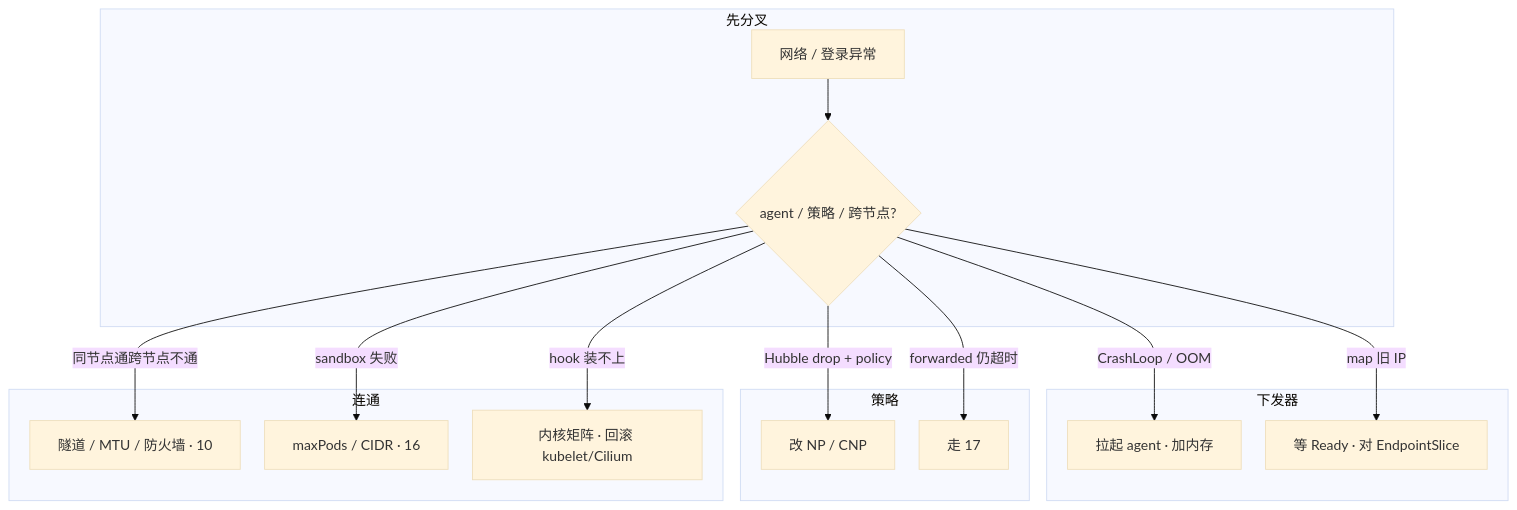
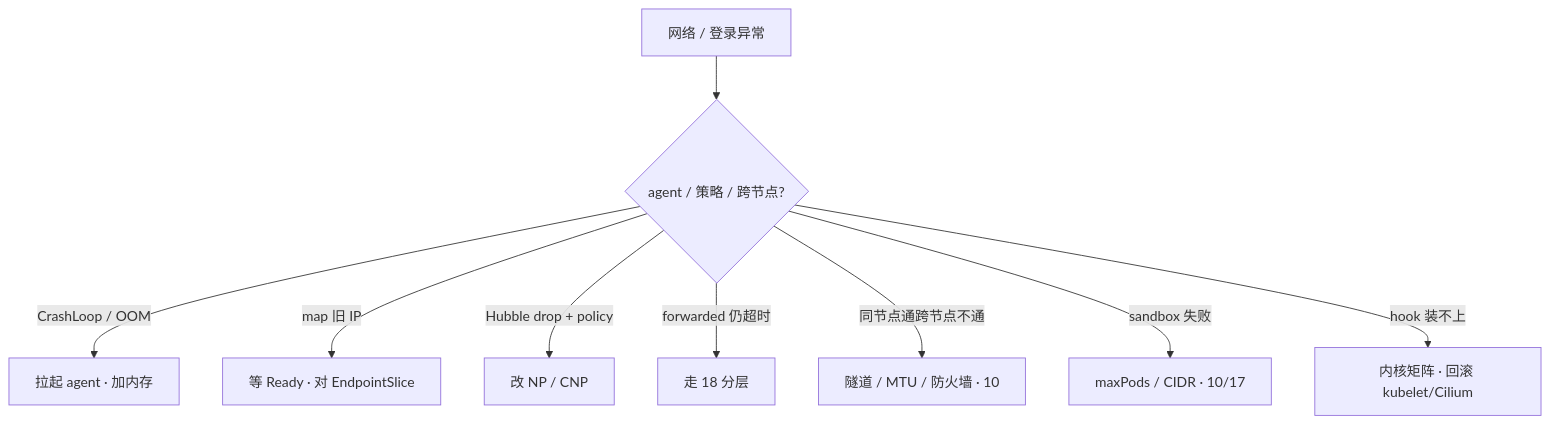
Before and after one commit to ml-cuizijun/LearnToLilith: the seventh of 7 diagrams in 03-Kubernetes/25-eBPF与Cilium/知识点.md, drawn with Mermaid. The commit also changed other lines of this file and 178 other files, not shown here.

````diff
--- a/03-Kubernetes/25-eBPF与Cilium/知识点.md
+++ b/03-Kubernetes/25-eBPF与Cilium/知识点.md
@@ -420,28 +383,11 @@
 ```mermaid
-%%{init: {"flowchart": {"padding": 16, "nodeSpacing": 28, "rankSpacing": 48}, "theme": "base"}}%%
 flowchart TB
-    subgraph gate ["先分叉"]
-        A[网络 / 登录异常] --> B{agent / 策略 / 跨节点?}
-    end
-
-    subgraph agent ["下发器"]
-        B -->|CrashLoop / OOM| C[拉起 agent · 加内存]
-        B -->|map 旧 IP| D[等 Ready · 对 EndpointSlice]
-    end
-
-    subgraph pol ["策略"]
-        B -->|Hubble drop + policy| E[改 NP / CNP]
-        B -->|forwarded 仍超时| F[走 17]
-    end
-
-    subgraph cni ["连通"]
-        B -->|同节点通跨节点不通| G[隧道 / MTU / 防火墙 · 10]
-        B -->|sandbox 失败| H[maxPods / CIDR · 16]
-        B -->|hook 装不上| I[内核矩阵 · 回滚 kubelet/Cilium]
-    end
-
-    class C bad
-    class E,F ok
-    class D,G,H,I warn
-
+    A[网络 / 登录异常] --> B{agent / 策略 / 跨节点?}
+    B -->|CrashLoop / OOM| C[拉起 agent · 加内存]
+    B -->|map 旧 IP| D[等 Ready · 对 EndpointSlice]
+    B -->|Hubble drop + policy| E[改 NP / CNP]
+    B -->|forwarded 仍超时| F[走 18 分层]
+    B -->|同节点通跨节点不通| G[隧道 / MTU / 防火墙 · 10]
+    B -->|sandbox 失败| H[maxPods / CIDR · 10/17]
+    B -->|hook 装不上| I[内核矩阵 · 回滚 kubelet/Cilium]
 ```
````
